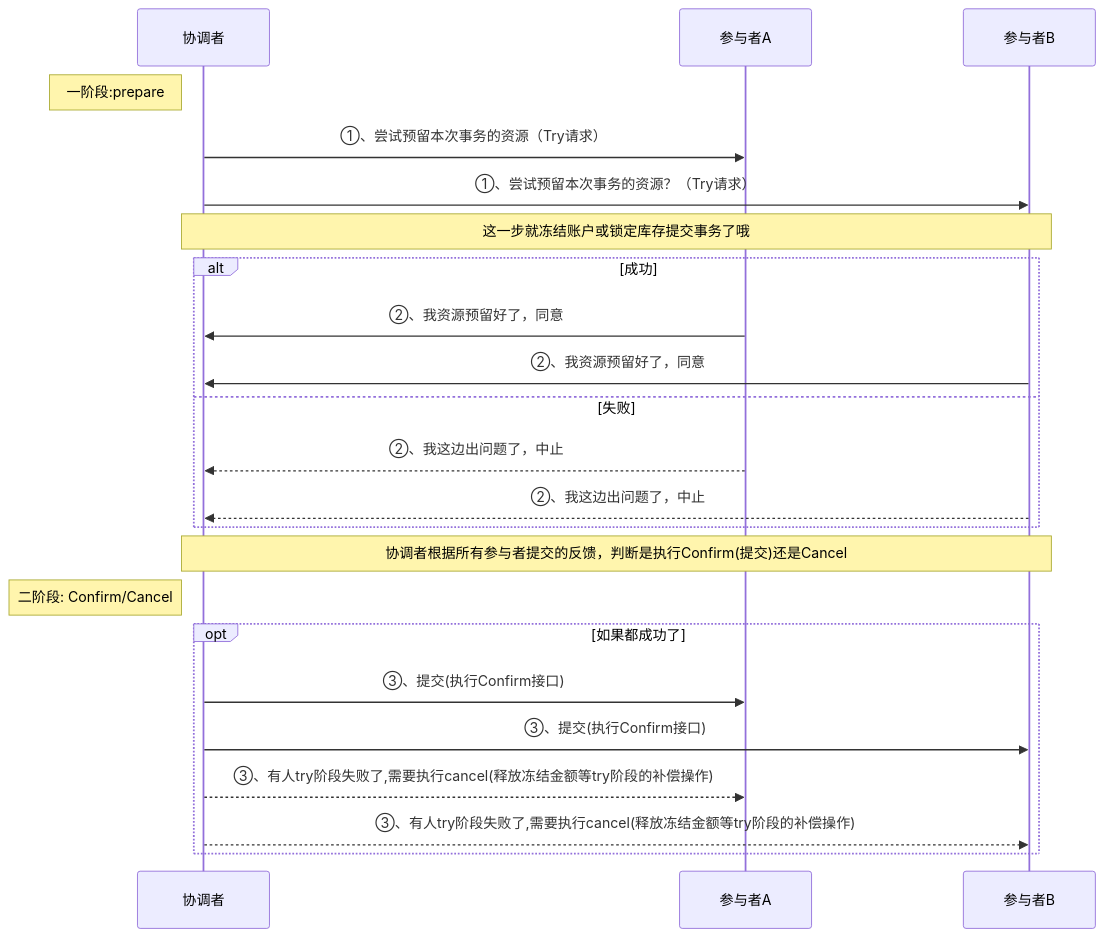
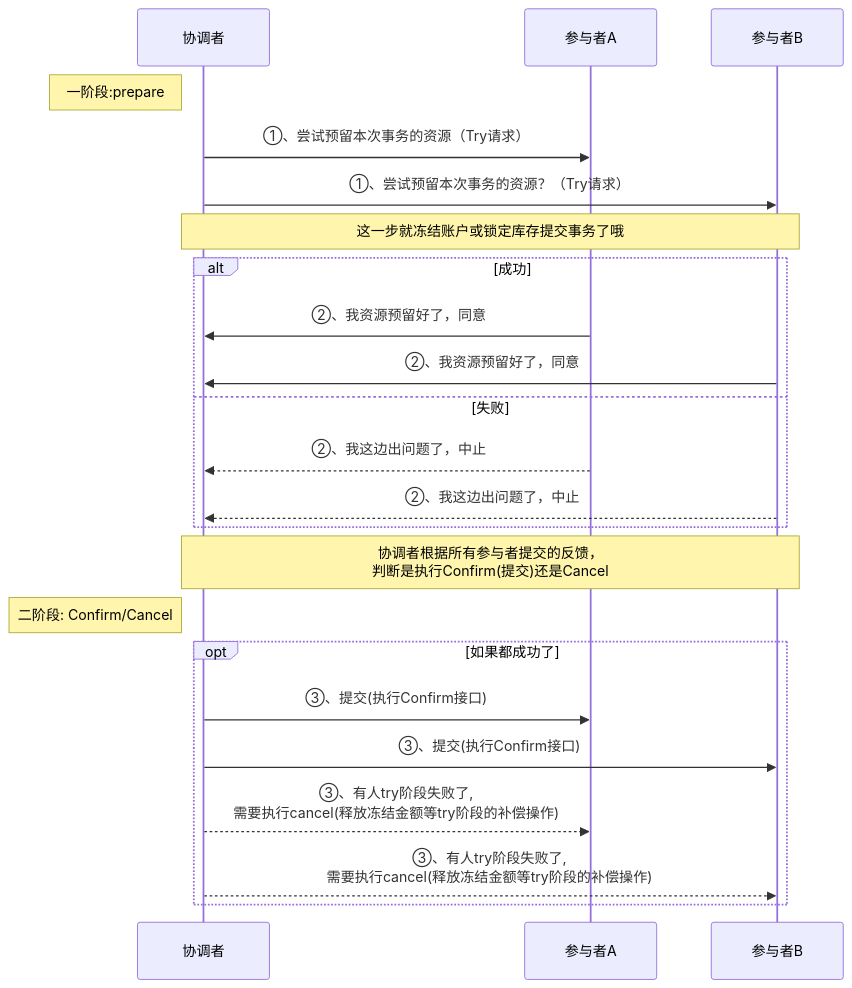
One commit to rstyro/blog changed the third of 3 diagrams in source/_posts/分布式事务理论与Seata示例.md. Above: the diagram before and after it, drawn with Mermaid. The commit also changed other lines of this file and 11 other files, not shown here.

````diff
--- a/source/_posts/分布式事务理论与Seata示例.md
+++ b/source/_posts/分布式事务理论与Seata示例.md
@@ -258,24 +258,24 @@
 ```mermaid
 sequenceDiagram
 
 Note left of 协调者: 一阶段:prepare
 协调者->>参与者A: ①、尝试预留本次事务的资源（Try请求）
 协调者->>参与者B: ①、尝试预留本次事务的资源？（Try请求）
 Note over 协调者,参与者B: 这一步就冻结账户或锁定库存提交事务了哦
 alt 成功
 参与者A->>协调者: ②、我资源预留好了，同意
 参与者B->>协调者: ②、我资源预留好了，同意
 else 失败
 参与者A-->>协调者: ②、我这边出问题了，中止
 参与者B-->>协调者: ②、我这边出问题了，中止
 end
 
-Note over 协调者,参与者B: 协调者根据所有参与者提交的反馈，判断是执行Confirm(提交)还是Cancel
+Note over 协调者,参与者B: 协调者根据所有参与者提交的反馈，<br/>判断是执行Confirm(提交)还是Cancel
 Note left of 协调者: 二阶段: Confirm/Cancel
 opt 如果都成功了
 协调者->>参与者A: ③、提交(执行Confirm接口)
 协调者->>参与者B: ③、提交(执行Confirm接口)
-协调者-->>参与者A: ③、有人try阶段失败了,需要执行cancel(释放冻结金额等try阶段的补偿操作)
-协调者-->>参与者B: ③、有人try阶段失败了,需要执行cancel(释放冻结金额等try阶段的补偿操作)
+协调者-->>参与者A: ③、有人try阶段失败了,<br/>需要执行cancel(释放冻结金额等try阶段的补偿操作)
+协调者-->>参与者B: ③、有人try阶段失败了,<br/>需要执行cancel(释放冻结金额等try阶段的补偿操作)
 end
 ```
````
